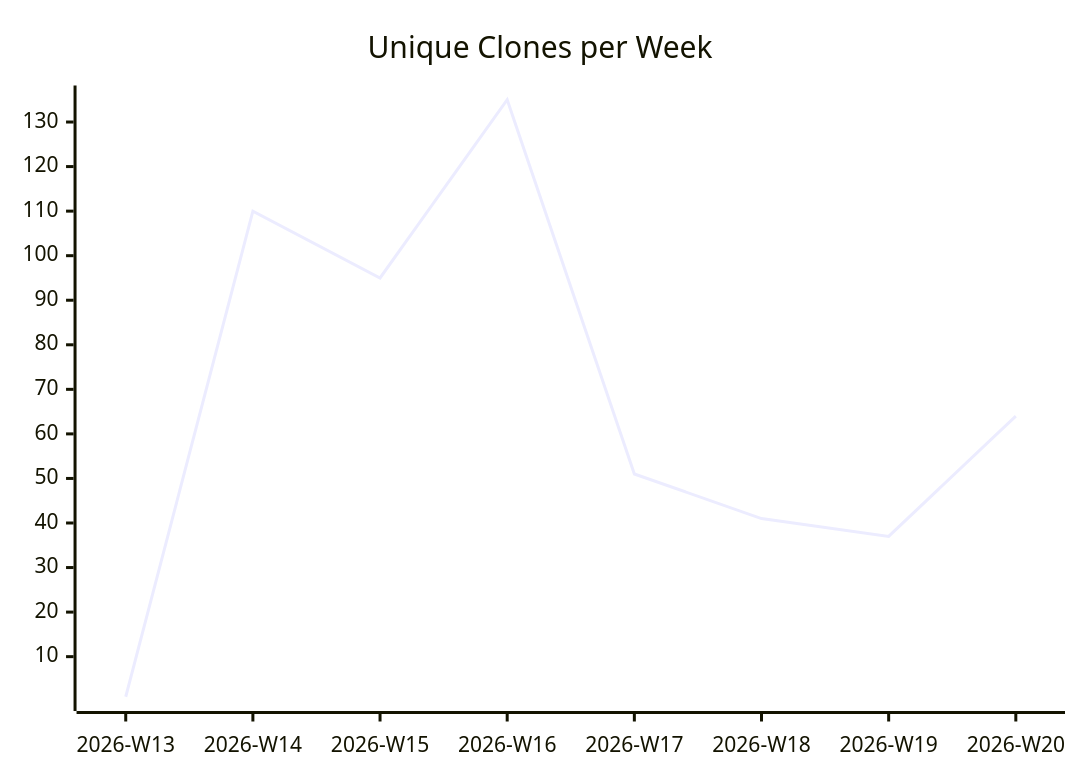
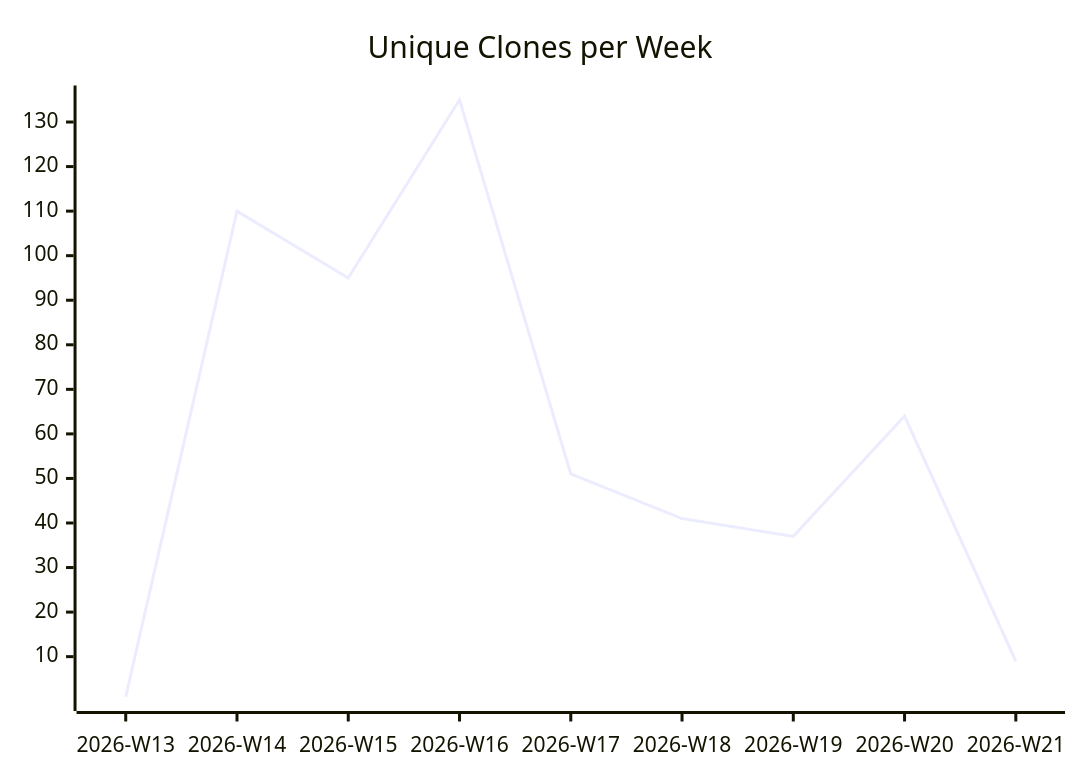
Before and after one commit to justdavis-family/github-analytics-data: the third of 3 diagrams in justdavis-family/justdavis/README.md, drawn with Mermaid. The commit also changed other lines of this file and 189 other files, not shown here.

````diff
--- a/justdavis-family/justdavis/README.md
+++ b/justdavis-family/justdavis/README.md
@@ -19,6 +19,6 @@
 ```mermaid
 xychart-beta
   title "Unique Clones per Week"
-  x-axis ["2026-W13", "2026-W14", "2026-W15", "2026-W16", "2026-W17", "2026-W18", "2026-W19", "2026-W20"]
-  line [1, 110, 95, 135, 51, 41, 37, 64]
+  x-axis ["2026-W13", "2026-W14", "2026-W15", "2026-W16", "2026-W17", "2026-W18", "2026-W19", "2026-W20", "2026-W21"]
+  line [1, 110, 95, 135, 51, 41, 37, 64, 9]
 ```
````
